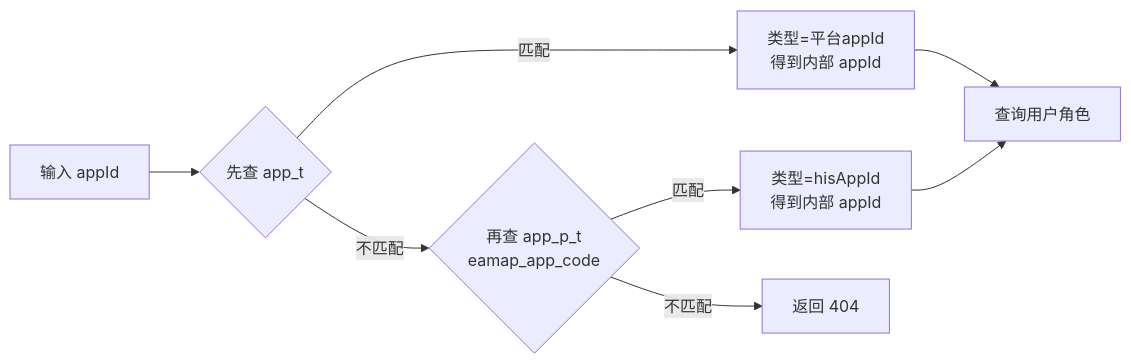
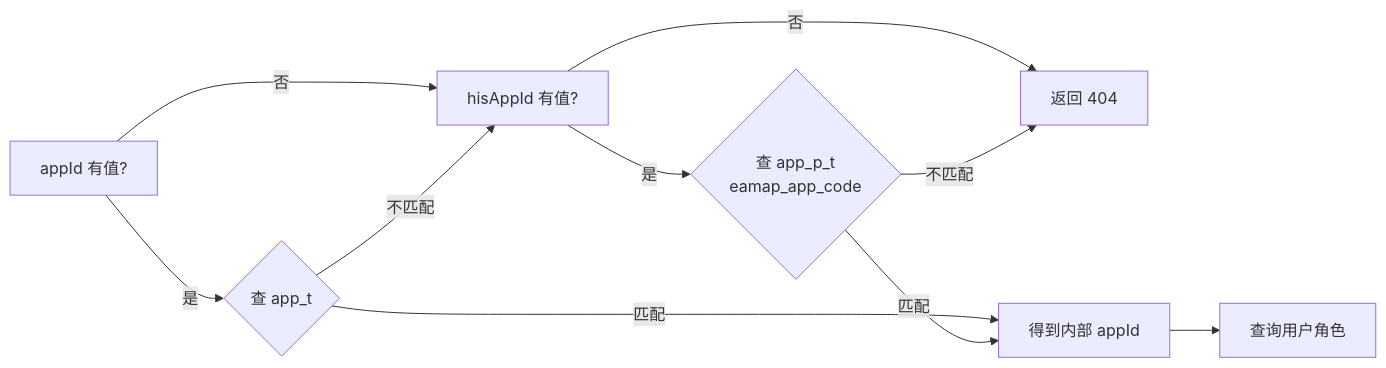
One commit to THZSummer/open-app changed the second of 3 diagrams in .sddu/specs-tree-root/specs-tree-ability-embedding/specs-tree-embedding-api/plan.md. Above: the diagram before and after it, drawn with Mermaid. The commit also changed other lines of this file and 1 other file, not shown here.

First line of the commit message:
docs: API面 appId拆为两个字段+roles改为integer[]

````diff
--- a/.sddu/specs-tree-root/specs-tree-ability-embedding/specs-tree-embedding-api/plan.md
+++ b/.sddu/specs-tree-root/specs-tree-ability-embedding/specs-tree-embedding-api/plan.md
@@ -272,10 +278,12 @@
 ```mermaid
 flowchart LR
-    Input["输入 appId"] --> Judge{先查 app_t}
-    Judge -->|匹配| Platform["类型=平台appId<br/>得到内部 appId"]
-    Judge -->|不匹配| Judge2{再查 app_p_t<br/>eamap_app_code}
-    Judge2 -->|匹配| His["类型=hisAppId<br/>得到内部 appId"]
-    Judge2 -->|不匹配| Error["返回 404"]
-    Platform --> Query["查询用户角色"]
-    His --> Query
+    Input1["appId 有值?"] -->|是| JudgeApp{"查 app_t"}
+    Input1 -->|否| Input2["hisAppId 有值?"]
+    Input2 -->|否| Error["返回 404"]
+    Input2 -->|是| JudgeHis{"查 app_p_t<br/>eamap_app_code"}
+    JudgeApp -->|匹配| Found["得到内部 appId"]
+    JudgeApp -->|不匹配| Input2
+    JudgeHis -->|匹配| Found
+    JudgeHis -->|不匹配| Error
+    Found --> Query["查询用户角色"]
 ```
````
